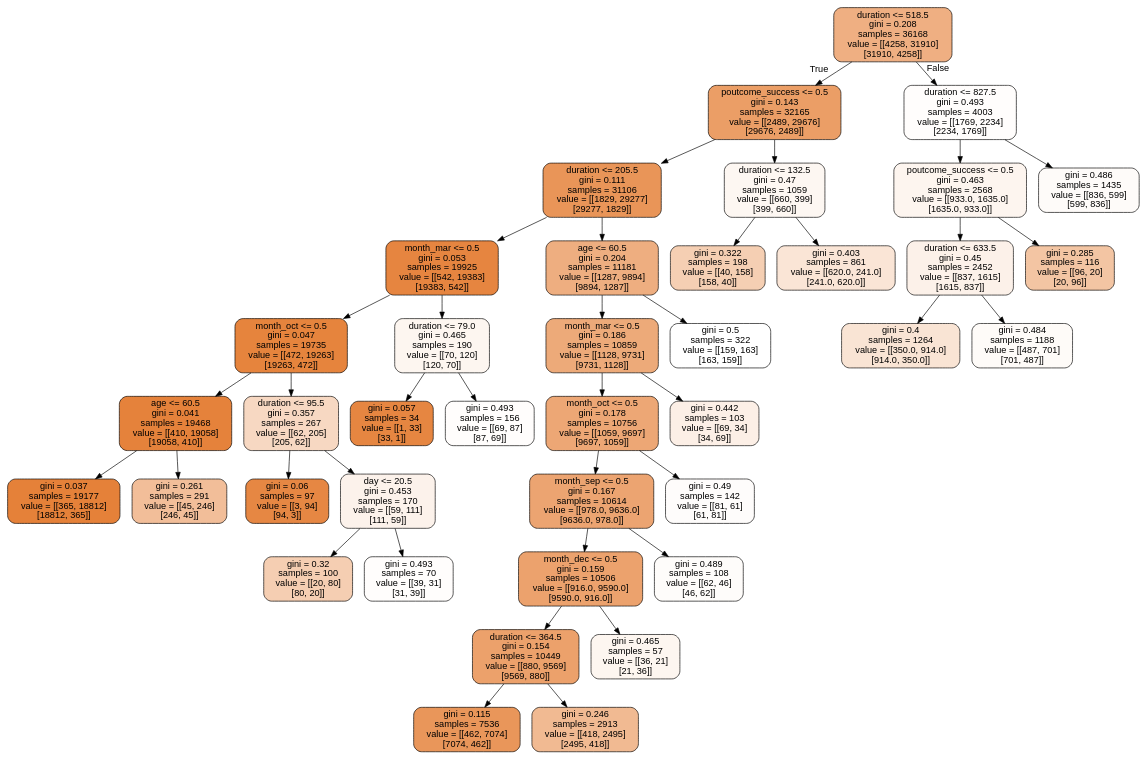
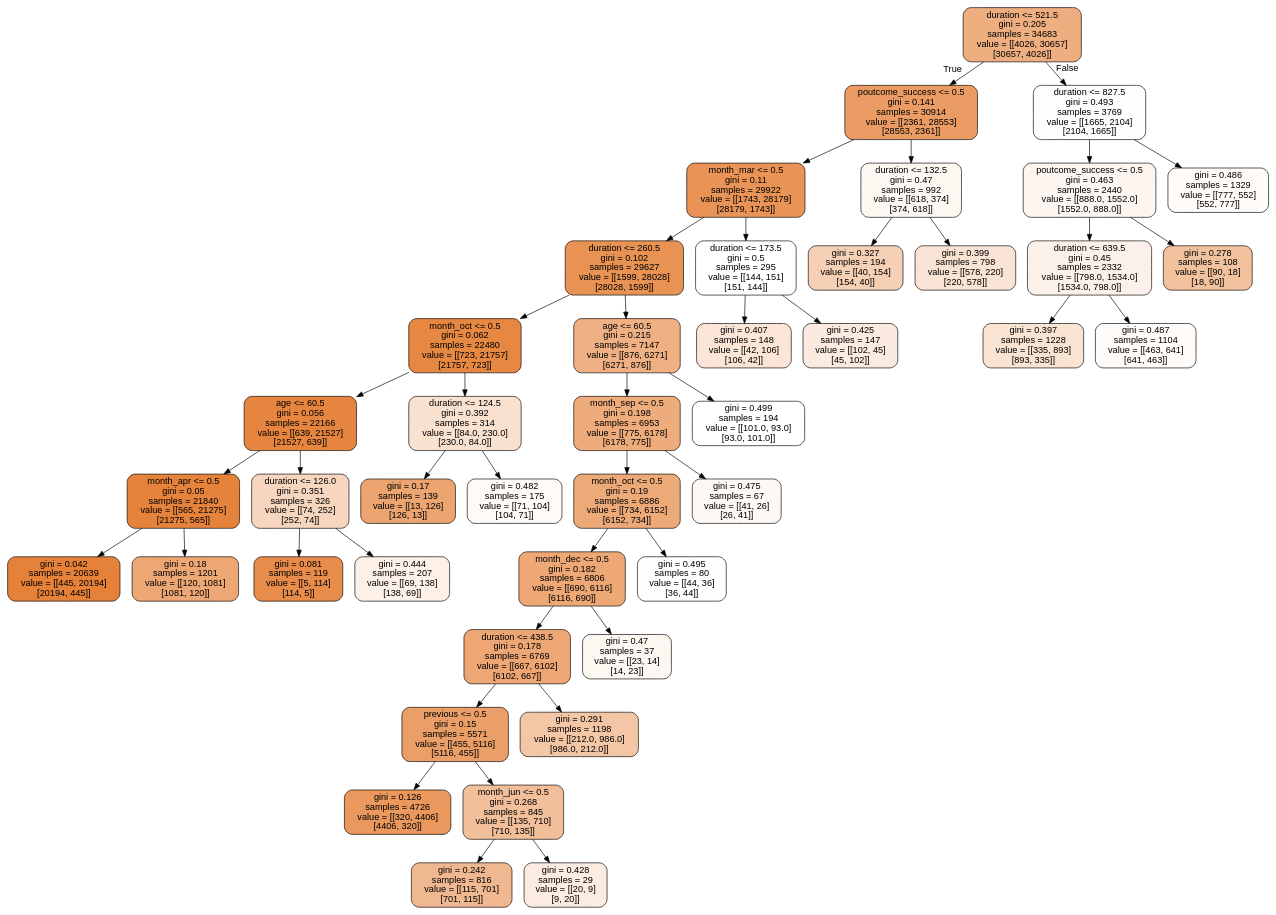
Before and after one commit to Steeve3/ML-model: the diagram in notebooks/tree_rdc.dot, drawn with Graphviz. The commit also changed 3 other files, not shown here.

```diff
--- a/notebooks/tree_rdc.dot
+++ b/notebooks/tree_rdc.dot
@@ -1,81 +1,89 @@
 digraph Tree {
 node [shape=box, style="filled, rounded", color="black", fontname="helvetica"] ;
 edge [fontname="helvetica"] ;
-0 [label="duration <= 518.5\ngini = 0.208\nsamples = 36168\nvalue = [[4258, 31910]\n[31910, 4258]]", fillcolor="#efaf82"] ;
-1 [label="poutcome_success <= 0.5\ngini = 0.143\nsamples = 32165\nvalue = [[2489, 29676]\n[29676, 2489]]", fillcolor="#eb9e66"] ;
+0 [label="duration <= 521.5\ngini = 0.205\nsamples = 34683\nvalue = [[4026, 30657]\n[30657, 4026]]", fillcolor="#eeae80"] ;
+1 [label="poutcome_success <= 0.5\ngini = 0.141\nsamples = 30914\nvalue = [[2361, 28553]\n[28553, 2361]]", fillcolor="#eb9c64"] ;
 0 -> 1 [labeldistance=2.5, labelangle=45, headlabel="True"] ;
-3 [label="duration <= 205.5\ngini = 0.111\nsamples = 31106\nvalue = [[1829, 29277]\n[29277, 1829]]", fillcolor="#e99558"] ;
+3 [label="month_mar <= 0.5\ngini = 0.11\nsamples = 29922\nvalue = [[1743, 28179]\n[28179, 1743]]", fillcolor="#e99456"] ;
 1 -> 3 ;
-5 [label="month_mar <= 0.5\ngini = 0.053\nsamples = 19925\nvalue = [[542, 19383]\n[19383, 542]]", fillcolor="#e68540"] ;
+5 [label="duration <= 260.5\ngini = 0.102\nsamples = 29627\nvalue = [[1599, 28028]\n[28028, 1599]]", fillcolor="#e89253"] ;
 3 -> 5 ;
-21 [label="month_oct <= 0.5\ngini = 0.047\nsamples = 19735\nvalue = [[472, 19263]\n[19263, 472]]", fillcolor="#e6843d"] ;
-5 -> 21 ;
-27 [label="age <= 60.5\ngini = 0.041\nsamples = 19468\nvalue = [[410, 19058]\n[19058, 410]]", fillcolor="#e5823b"] ;
-21 -> 27 ;
-33 [label="gini = 0.037\nsamples = 19177\nvalue = [[365, 18812]\n[18812, 365]]", fillcolor="#e58139"] ;
-27 -> 33 ;
-34 [label="gini = 0.261\nsamples = 291\nvalue = [[45, 246]\n[246, 45]]", fillcolor="#f2be99"] ;
-27 -> 34 ;
-28 [label="duration <= 95.5\ngini = 0.357\nsamples = 267\nvalue = [[62, 205]\n[205, 62]]", fillcolor="#f7d8c2"] ;
-21 -> 28 ;
-31 [label="gini = 0.06\nsamples = 97\nvalue = [[3, 94]\n[94, 3]]", fillcolor="#e68743"] ;
-28 -> 31 ;
-32 [label="day <= 20.5\ngini = 0.453\nsamples = 170\nvalue = [[59, 111]\n[111, 59]]", fillcolor="#fcf2eb"] ;
-28 -> 32 ;
-35 [label="gini = 0.32\nsamples = 100\nvalue = [[20, 80]\n[80, 20]]", fillcolor="#f5ceb2"] ;
-32 -> 35 ;
-36 [label="gini = 0.493\nsamples = 70\nvalue = [[39, 31]\n[31, 39]]", fillcolor="#fffdfc"] ;
-32 -> 36 ;
-22 [label="duration <= 79.0\ngini = 0.465\nsamples = 190\nvalue = [[70, 120]\n[120, 70]]", fillcolor="#fdf6f0"] ;
-5 -> 22 ;
-37 [label="gini = 0.057\nsamples = 34\nvalue = [[1, 33]\n[33, 1]]", fillcolor="#e68641"] ;
-22 -> 37 ;
-38 [label="gini = 0.493\nsamples = 156\nvalue = [[69, 87]\n[87, 69]]", fillcolor="#fffdfc"] ;
-22 -> 38 ;
-6 [label="age <= 60.5\ngini = 0.204\nsamples = 11181\nvalue = [[1287, 9894]\n[9894, 1287]]", fillcolor="#eeae80"] ;
+7 [label="month_oct <= 0.5\ngini = 0.062\nsamples = 22480\nvalue = [[723, 21757]\n[21757, 723]]", fillcolor="#e68742"] ;
+5 -> 7 ;
+17 [label="age <= 60.5\ngini = 0.056\nsamples = 22166\nvalue = [[639, 21527]\n[21527, 639]]", fillcolor="#e6853f"] ;
+7 -> 17 ;
+23 [label="month_apr <= 0.5\ngini = 0.05\nsamples = 21840\nvalue = [[565, 21275]\n[21275, 565]]", fillcolor="#e5833d"] ;
+17 -> 23 ;
+35 [label="gini = 0.042\nsamples = 20639\nvalue = [[445, 20194]\n[20194, 445]]", fillcolor="#e58139"] ;
+23 -> 35 ;
+36 [label="gini = 0.18\nsamples = 1201\nvalue = [[120, 1081]\n[1081, 120]]", fillcolor="#eda775"] ;
+23 -> 36 ;
+24 [label="duration <= 126.0\ngini = 0.351\nsamples = 326\nvalue = [[74, 252]\n[252, 74]]", fillcolor="#f7d6bf"] ;
+17 -> 24 ;
+37 [label="gini = 0.081\nsamples = 119\nvalue = [[5, 114]\n[114, 5]]", fillcolor="#e78c4a"] ;
+24 -> 37 ;
+38 [label="gini = 0.444\nsamples = 207\nvalue = [[69, 138]\n[138, 69]]", fillcolor="#fcf0e7"] ;
+24 -> 38 ;
+18 [label="duration <= 124.5\ngini = 0.392\nsamples = 314\nvalue = [[84.0, 230.0]\n[230.0, 84.0]]", fillcolor="#f9e1d0"] ;
+7 -> 18 ;
+33 [label="gini = 0.17\nsamples = 139\nvalue = [[13, 126]\n[126, 13]]", fillcolor="#eca470"] ;
+18 -> 33 ;
+34 [label="gini = 0.482\nsamples = 175\nvalue = [[71, 104]\n[104, 71]]", fillcolor="#fefaf7"] ;
+18 -> 34 ;
+8 [label="age <= 60.5\ngini = 0.215\nsamples = 7147\nvalue = [[876, 6271]\n[6271, 876]]", fillcolor="#efb184"] ;
+5 -> 8 ;
+13 [label="month_sep <= 0.5\ngini = 0.198\nsamples = 6953\nvalue = [[775, 6178]\n[6178, 775]]", fillcolor="#eeac7c"] ;
+8 -> 13 ;
+19 [label="month_oct <= 0.5\ngini = 0.19\nsamples = 6886\nvalue = [[734, 6152]\n[6152, 734]]", fillcolor="#edaa79"] ;
+13 -> 19 ;
+21 [label="month_dec <= 0.5\ngini = 0.182\nsamples = 6806\nvalue = [[690, 6116]\n[6116, 690]]", fillcolor="#eda876"] ;
+19 -> 21 ;
+29 [label="duration <= 438.5\ngini = 0.178\nsamples = 6769\nvalue = [[667, 6102]\n[6102, 667]]", fillcolor="#eda674"] ;
+21 -> 29 ;
+31 [label="previous <= 0.5\ngini = 0.15\nsamples = 5571\nvalue = [[455, 5116]\n[5116, 455]]", fillcolor="#eb9f68"] ;
+29 -> 31 ;
+39 [label="gini = 0.126\nsamples = 4726\nvalue = [[320, 4406]\n[4406, 320]]", fillcolor="#ea985d"] ;
+31 -> 39 ;
+40 [label="month_jun <= 0.5\ngini = 0.268\nsamples = 845\nvalue = [[135, 710]\n[710, 135]]", fillcolor="#f2bf9b"] ;
+31 -> 40 ;
+41 [label="gini = 0.242\nsamples = 816\nvalue = [[115, 701]\n[701, 115]]", fillcolor="#f0b890"] ;
+40 -> 41 ;
+42 [label="gini = 0.428\nsamples = 29\nvalue = [[20, 9]\n[9, 20]]", fillcolor="#fbebe0"] ;
+40 -> 42 ;
+32 [label="gini = 0.291\nsamples = 1198\nvalue = [[212.0, 986.0]\n[986.0, 212.0]]", fillcolor="#f3c6a5"] ;
+29 -> 32 ;
+30 [label="gini = 0.47\nsamples = 37\nvalue = [[23, 14]\n[14, 23]]", fillcolor="#fdf7f2"] ;
+21 -> 30 ;
+22 [label="gini = 0.495\nsamples = 80\nvalue = [[44, 36]\n[36, 44]]", fillcolor="#fffefd"] ;
+19 -> 22 ;
+20 [label="gini = 0.475\nsamples = 67\nvalue = [[41, 26]\n[26, 41]]", fillcolor="#fef8f4"] ;
+13 -> 20 ;
+14 [label="gini = 0.499\nsamples = 194\nvalue = [[101.0, 93.0]\n[93.0, 101.0]]", fillcolor="#ffffff"] ;
+8 -> 14 ;
+6 [label="duration <= 173.5\ngini = 0.5\nsamples = 295\nvalue = [[144, 151]\n[151, 144]]", fillcolor="#ffffff"] ;
 3 -> 6 ;
-7 [label="month_mar <= 0.5\ngini = 0.186\nsamples = 10859\nvalue = [[1128, 9731]\n[9731, 1128]]", fillcolor="#edaa79"] ;
-6 -> 7 ;
-13 [label="month_oct <= 0.5\ngini = 0.178\nsamples = 10756\nvalue = [[1059, 9697]\n[9697, 1059]]", fillcolor="#eda775"] ;
-7 -> 13 ;
-15 [label="month_sep <= 0.5\ngini = 0.167\nsamples = 10614\nvalue = [[978.0, 9636.0]\n[9636.0, 978.0]]", fillcolor="#eca471"] ;
-13 -> 15 ;
-19 [label="month_dec <= 0.5\ngini = 0.159\nsamples = 10506\nvalue = [[916.0, 9590.0]\n[9590.0, 916.0]]", fillcolor="#eca26d"] ;
-15 -> 19 ;
-23 [label="duration <= 364.5\ngini = 0.154\nsamples = 10449\nvalue = [[880, 9569]\n[9569, 880]]", fillcolor="#eca16b"] ;
-19 -> 23 ;
-25 [label="gini = 0.115\nsamples = 7536\nvalue = [[462, 7074]\n[7074, 462]]", fillcolor="#e9965a"] ;
-23 -> 25 ;
-26 [label="gini = 0.246\nsamples = 2913\nvalue = [[418, 2495]\n[2495, 418]]", fillcolor="#f1ba92"] ;
-23 -> 26 ;
-24 [label="gini = 0.465\nsamples = 57\nvalue = [[36, 21]\n[21, 36]]", fillcolor="#fdf6f0"] ;
-19 -> 24 ;
-20 [label="gini = 0.489\nsamples = 108\nvalue = [[62, 46]\n[46, 62]]", fillcolor="#fefcfa"] ;
-15 -> 20 ;
-16 [label="gini = 0.49\nsamples = 142\nvalue = [[81, 61]\n[61, 81]]", fillcolor="#fefcfb"] ;
-13 -> 16 ;
-14 [label="gini = 0.442\nsamples = 103\nvalue = [[69, 34]\n[34, 69]]", fillcolor="#fcefe6"] ;
-7 -> 14 ;
-8 [label="gini = 0.5\nsamples = 322\nvalue = [[159, 163]\n[163, 159]]", fillcolor="#ffffff"] ;
-6 -> 8 ;
-4 [label="duration <= 132.5\ngini = 0.47\nsamples = 1059\nvalue = [[660, 399]\n[399, 660]]", fillcolor="#fdf7f2"] ;
+27 [label="gini = 0.407\nsamples = 148\nvalue = [[42, 106]\n[106, 42]]", fillcolor="#fae5d7"] ;
+6 -> 27 ;
+28 [label="gini = 0.425\nsamples = 147\nvalue = [[102, 45]\n[45, 102]]", fillcolor="#fbeadf"] ;
+6 -> 28 ;
+4 [label="duration <= 132.5\ngini = 0.47\nsamples = 992\nvalue = [[618, 374]\n[374, 618]]", fillcolor="#fdf7f2"] ;
 1 -> 4 ;
-11 [label="gini = 0.322\nsamples = 198\nvalue = [[40, 158]\n[158, 40]]", fillcolor="#f5cfb3"] ;
+11 [label="gini = 0.327\nsamples = 194\nvalue = [[40, 154]\n[154, 40]]", fillcolor="#f5d0b4"] ;
 4 -> 11 ;
-12 [label="gini = 0.403\nsamples = 861\nvalue = [[620.0, 241.0]\n[241.0, 620.0]]", fillcolor="#fae5d6"] ;
+12 [label="gini = 0.399\nsamples = 798\nvalue = [[578, 220]\n[220, 578]]", fillcolor="#f9e3d4"] ;
 4 -> 12 ;
-2 [label="duration <= 827.5\ngini = 0.493\nsamples = 4003\nvalue = [[1769, 2234]\n[2234, 1769]]", fillcolor="#fffdfc"] ;
+2 [label="duration <= 827.5\ngini = 0.493\nsamples = 3769\nvalue = [[1665, 2104]\n[2104, 1665]]", fillcolor="#fffdfc"] ;
 0 -> 2 [labeldistance=2.5, labelangle=-45, headlabel="False"] ;
-9 [label="poutcome_success <= 0.5\ngini = 0.463\nsamples = 2568\nvalue = [[933.0, 1635.0]\n[1635.0, 933.0]]", fillcolor="#fdf5ef"] ;
+9 [label="poutcome_success <= 0.5\ngini = 0.463\nsamples = 2440\nvalue = [[888.0, 1552.0]\n[1552.0, 888.0]]", fillcolor="#fdf5ef"] ;
 2 -> 9 ;
-17 [label="duration <= 633.5\ngini = 0.45\nsamples = 2452\nvalue = [[837, 1615]\n[1615, 837]]", fillcolor="#fcf1e9"] ;
-9 -> 17 ;
-29 [label="gini = 0.4\nsamples = 1264\nvalue = [[350.0, 914.0]\n[914.0, 350.0]]", fillcolor="#f9e4d4"] ;
-17 -> 29 ;
-30 [label="gini = 0.484\nsamples = 1188\nvalue = [[487, 701]\n[701, 487]]", fillcolor="#fefbf8"] ;
-17 -> 30 ;
-18 [label="gini = 0.285\nsamples = 116\nvalue = [[96, 20]\n[20, 96]]", fillcolor="#f3c5a3"] ;
-9 -> 18 ;
-10 [label="gini = 0.486\nsamples = 1435\nvalue = [[836, 599]\n[599, 836]]", fillcolor="#fefbf9"] ;
+15 [label="duration <= 639.5\ngini = 0.45\nsamples = 2332\nvalue = [[798.0, 1534.0]\n[1534.0, 798.0]]", fillcolor="#fcf1ea"] ;
+9 -> 15 ;
+25 [label="gini = 0.397\nsamples = 1228\nvalue = [[335, 893]\n[893, 335]]", fillcolor="#f9e3d2"] ;
+15 -> 25 ;
+26 [label="gini = 0.487\nsamples = 1104\nvalue = [[463, 641]\n[641, 463]]", fillcolor="#fefbf9"] ;
+15 -> 26 ;
+16 [label="gini = 0.278\nsamples = 108\nvalue = [[90, 18]\n[18, 90]]", fillcolor="#f2c29f"] ;
+9 -> 16 ;
+10 [label="gini = 0.486\nsamples = 1329\nvalue = [[777, 552]\n[552, 777]]", fillcolor="#fefbf9"] ;
 2 -> 10 ;
 }
```
